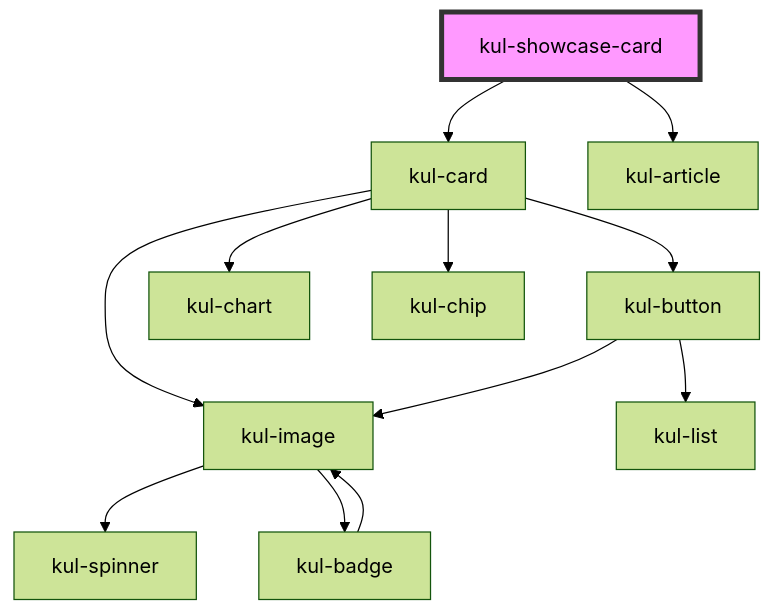
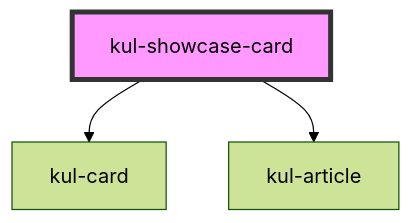
The diagram in packages/ketchup-lite/src/components/kul-showcase/components/card/readme.md (lucafoscili/ketchup-lite), drawn with Mermaid (forest theme) before and after one commit. The commit also changed 40 other files, not shown here.

````diff
--- a/packages/ketchup-lite/src/components/kul-showcase/components/card/readme.md
+++ b/packages/ketchup-lite/src/components/kul-showcase/components/card/readme.md
@@ -29,15 +29,6 @@
 ```mermaid
 graph TD;
   kul-showcase-card --> kul-card
   kul-showcase-card --> kul-article
-  kul-card --> kul-button
-  kul-card --> kul-chart
-  kul-card --> kul-chip
-  kul-card --> kul-image
-  kul-button --> kul-image
-  kul-button --> kul-list
-  kul-image --> kul-spinner
-  kul-image --> kul-badge
-  kul-badge --> kul-image
   style kul-showcase-card fill:#f9f,stroke:#333,stroke-width:4px
 ```
````
